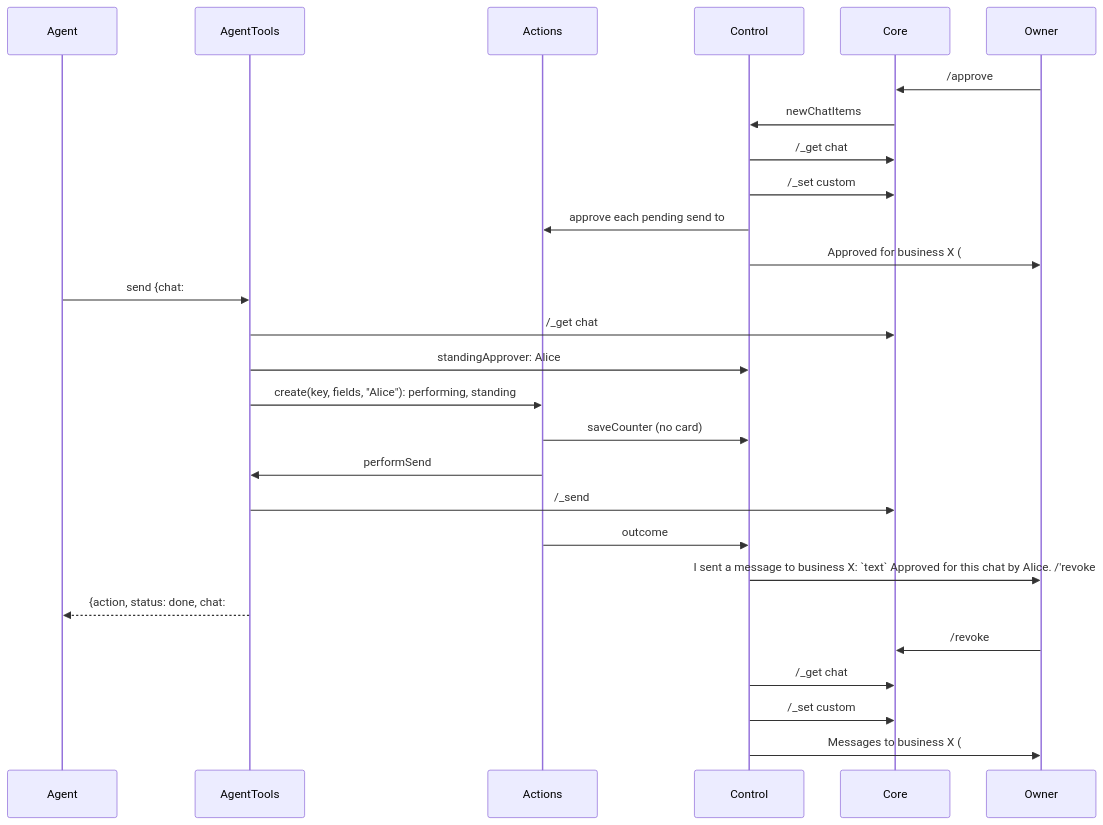
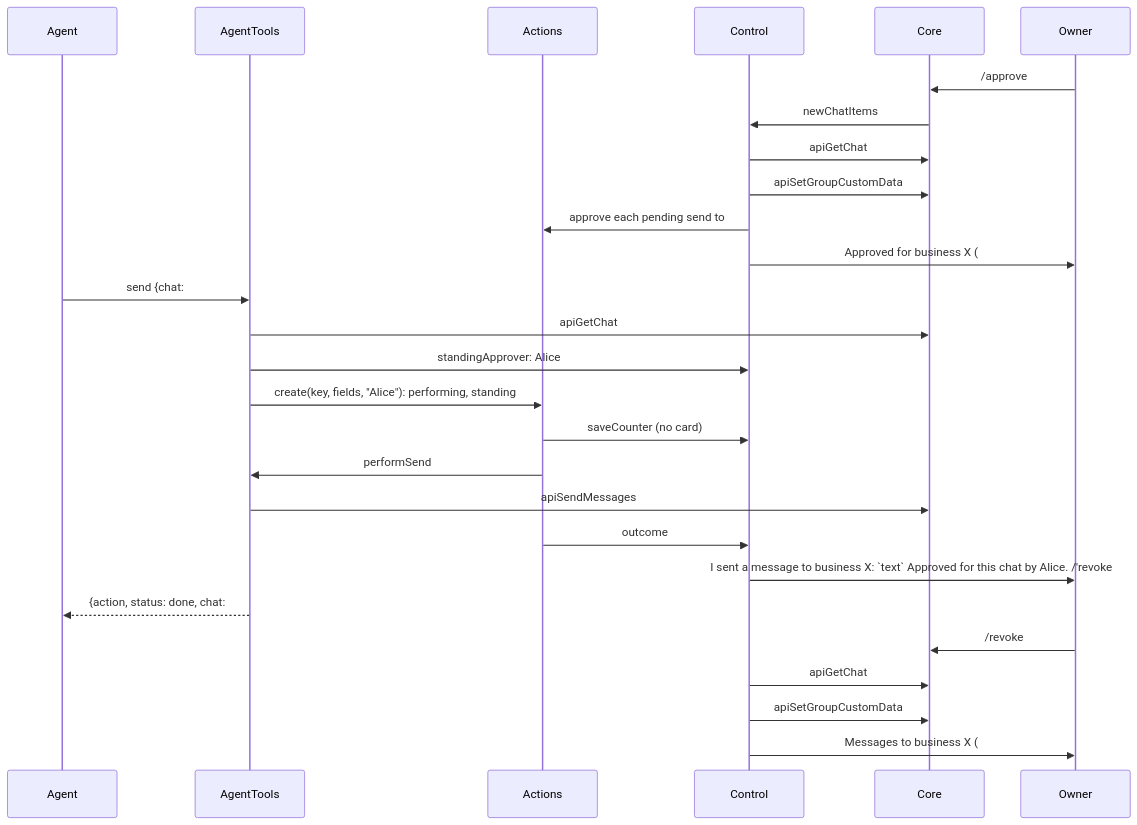
The sixth of 16 diagrams in packages/simplex-chat-mcp/spec/flows.md (simplex-chat/simplex-chat), drawn with Mermaid before and after one commit. The commit also changed other lines of this file and 34 other files, not shown here.

````diff
--- a/packages/simplex-chat-mcp/spec/flows.md
+++ b/packages/simplex-chat-mcp/spec/flows.md
@@ -281,29 +290,29 @@
 ```mermaid
 sequenceDiagram
   participant A as Agent
   participant T as AgentTools
   participant X as Actions
   participant K as Control
   participant C as Core
   participant O as Owner
   O->>C: /approve #9 all (on a pending send card)
   C->>K: newChatItems
-  K->>C: /_get chat #9 count=0
-  K->>C: /_set custom #9 {"simplexMcp":{"approvedBy":"Alice","approvedById":3,"approvedAt":"..."}}
+  K->>C: apiGetChat #9 count 0
+  K->>C: apiSetGroupCustomData #9 {"simplexMcp":{"approvedBy":"Alice","approvedById":3,"approvedAt":"..."}}
   K->>X: approve each pending send to #9 with a card
   K->>O: Approved for business X (#9) by Alice. /'revoke #9'
   A->>T: send {chat: #9, text}
-  T->>C: /_get chat #9 count=0
+  T->>C: apiGetChat #9 count 0
   T->>K: standingApprover: Alice
   T->>X: create(key, fields, "Alice"): performing, standing
   X->>K: saveCounter (no card)
   X->>T: performSend
-  T->>C: /_send #9 json [...]
+  T->>C: apiSendMessages #9 [...]
   X->>K: outcome
   K->>O: I sent a message to business X: `text` Approved for this chat by Alice. /'revoke #9'
   T-->>A: {action, status: done, chat: #9, item, responses, more}
   O->>C: /revoke #9
-  K->>C: /_get chat #9 count=0
-  K->>C: /_set custom #9 {other keys}
+  K->>C: apiGetChat #9 count 0
+  K->>C: apiSetGroupCustomData #9 {other keys}
   K->>O: Messages to business X (#9) need approval again.
 ```
````
